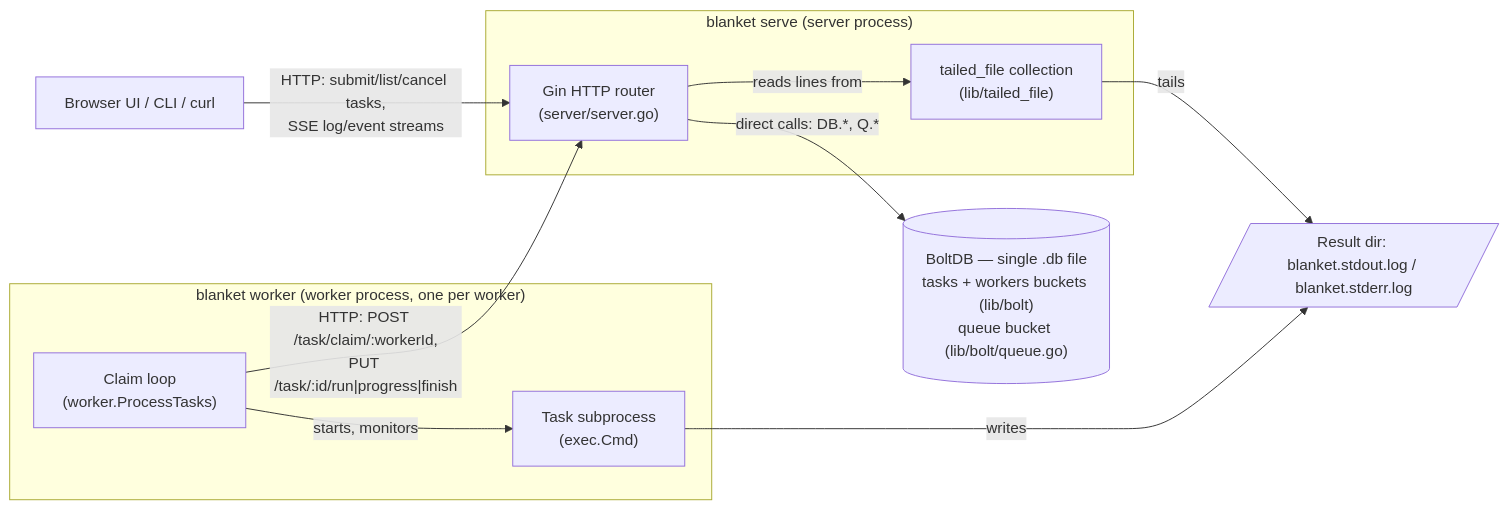
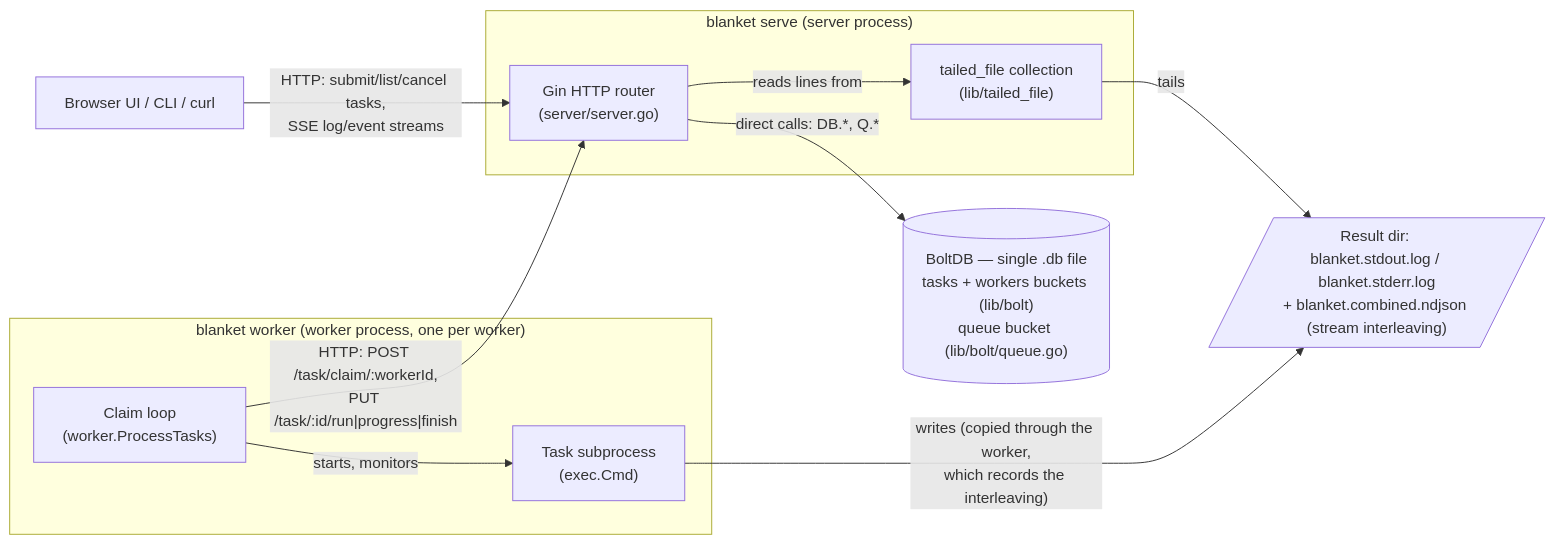
Before and after one commit to turtlemonvh/blanket: the diagram in docs/design.md, drawn with Mermaid. The commit also changed 16 other files, not shown here.

````diff
--- a/docs/design.md
+++ b/docs/design.md
@@ -69,27 +69,27 @@
 ```mermaid
 flowchart LR
     client["Browser UI / CLI / curl"]
 
     subgraph serverproc["blanket serve (server process)"]
         router["Gin HTTP router<br/>(server/server.go)"]
         tf["tailed_file collection<br/>(lib/tailed_file)"]
     end
 
     db[("BoltDB — single .db file<br/>tasks + workers buckets (lib/bolt)<br/>queue bucket (lib/bolt/queue.go)")]
 
     subgraph workerproc["blanket worker (worker process, one per worker)"]
         claimloop["Claim loop<br/>(worker.ProcessTasks)"]
         subcmd["Task subprocess<br/>(exec.Cmd)"]
     end
 
-    logs[/"Result dir: blanket.stdout.log / blanket.stderr.log"/]
+    logs[/"Result dir: blanket.stdout.log / blanket.stderr.log<br/>+ blanket.combined.ndjson (stream interleaving)"/]
 
     client -- "HTTP: submit/list/cancel tasks,<br/>SSE log/event streams" --> router
     router -- "direct calls: DB.*, Q.*" --> db
     router -- "reads lines from" --> tf
     tf -- "tails" --> logs
 
     claimloop -- "HTTP: POST /task/claim/:workerId,<br/>PUT /task/:id/run|progress|finish" --> router
     claimloop -- "starts, monitors" --> subcmd
-    subcmd -- "writes" --> logs
+    subcmd -- "writes (copied through the worker,<br/>which records the interleaving)" --> logs
 ```
````
